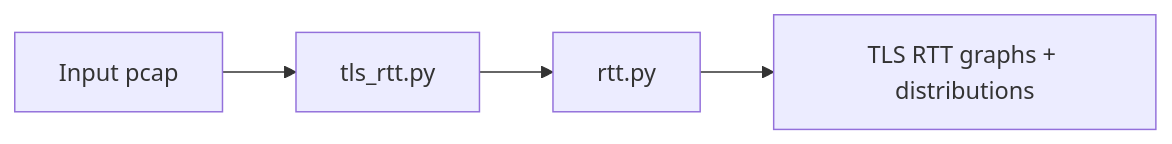
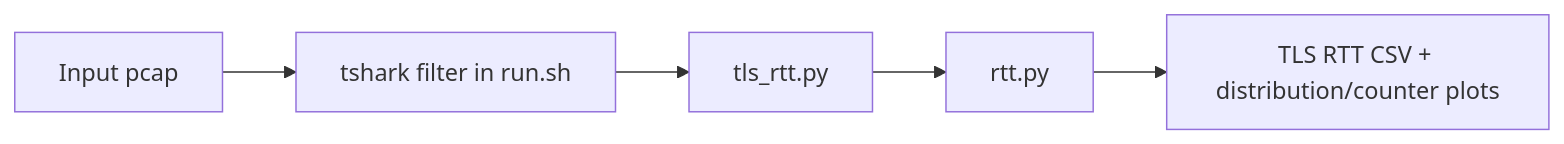
The fourth of 5 diagrams in docs/WORKFLOWS.md (mayanksinghk/IRCTC-Simulator), drawn with Mermaid before and after one commit. The commit also changed other lines of this file and 3 other files, not shown here.

````diff
--- a/docs/WORKFLOWS.md
+++ b/docs/WORKFLOWS.md
@@ -38,6 +85,7 @@
 ```mermaid
 flowchart LR
-  P[Input pcap] --> T1[tls_rtt.py]
+  P[Input pcap] --> T0[tshark filter in run.sh]
+  T0 --> T1[tls_rtt.py]
   T1 --> T2[rtt.py]
-  T2 --> O[TLS RTT graphs + distributions]
+  T2 --> O[TLS RTT CSV + distribution/counter plots]
 ```
````
